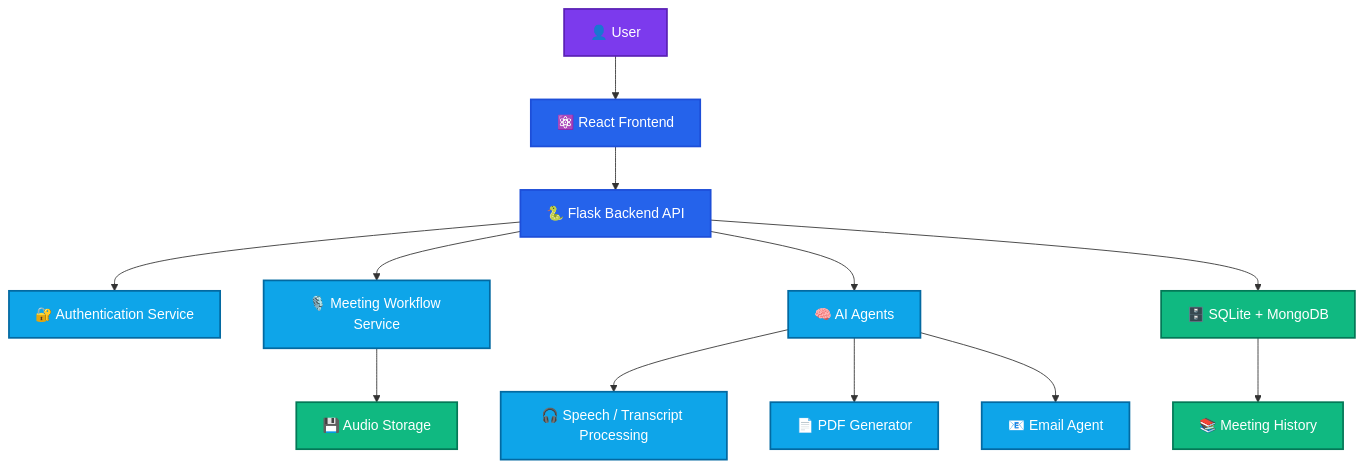
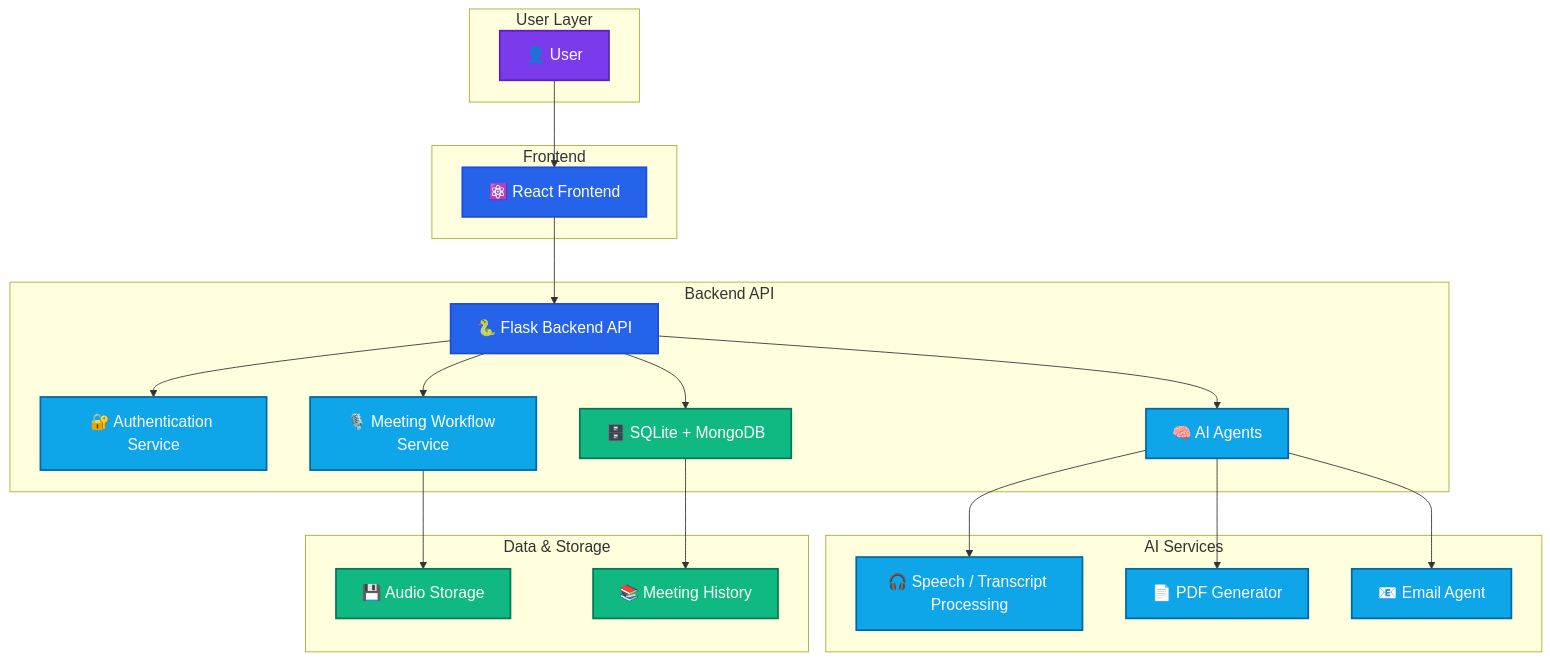
One commit to santhoshkumarMS05/ai_meeting_project changed the second of 2 diagrams in README.md. Above: the diagram before and after it, drawn with Mermaid. The commit also changed other lines of this file, not shown here.

````diff
--- a/README.md
+++ b/README.md
@@ -70,27 +71,53 @@
 ```mermaid
+%%{init: {"themeVariables": {"fontSize": "18px", "nodeBorderRadius": "12", "primaryColor": "#2563EB", "secondaryColor": "#10B981", "tertiaryColor": "#F59E0B"}}}%%
 flowchart TB
-    U["👤 User"] --> FE["⚛️ React Frontend"]
-    FE --> API["🐍 Flask Backend API"]
+    subgraph User Layer
+        U["👤 User"]
+    end
 
-    API --> AUTH["🔐 Authentication Service"]
-    API --> MEET["🎙️ Meeting Workflow Service"]
-    API --> AI["🧠 AI Agents"]
-    API --> DB["🗄️ SQLite + MongoDB"]
+    subgraph Frontend
+        FE["⚛️ React Frontend"]
+    end
 
-    AI --> STT["🎧 Speech / Transcript Processing"]
-    AI --> PDF["📄 PDF Generator"]
-    AI --> EMAIL["📧 Email Agent"]
+    subgraph Backend API
+        API["🐍 Flask Backend API"]
+        AUTH["🔐 Authentication Service"]
+        MEET["🎙️ Meeting Workflow Service"]
+        AI["🧠 AI Agents"]
+        DB["🗄️ SQLite + MongoDB"]
+    end
 
-    MEET --> AUDIO["💾 Audio Storage"]
-    DB --> HISTORY["📚 Meeting History"]
+    subgraph AI Services
+        STT["🎧 Speech / Transcript Processing"]
+        PDF["📄 PDF Generator"]
+        EMAIL["📧 Email Agent"]
+    end
 
-    classDef user fill:#7C3AED,stroke:#5B21B6,color:#fff,stroke-width:2px;
-    classDef app fill:#2563EB,stroke:#1D4ED8,color:#fff,stroke-width:2px;
-    classDef service fill:#0EA5E9,stroke:#0369A1,color:#fff,stroke-width:2px;
-    classDef data fill:#10B981,stroke:#047857,color:#fff,stroke-width:2px;
+    subgraph Data & Storage
+        AUDIO["💾 Audio Storage"]
+        HISTORY["📚 Meeting History"]
+    end
+
+    U --> FE
+    FE --> API
+    API --> AUTH
+    API --> MEET
+    API --> AI
+    API --> DB
+
+    AI --> STT
+    AI --> PDF
+    AI --> EMAIL
+    MEET --> AUDIO
+    DB --> HISTORY
+
+    classDef user fill:#7C3AED,stroke:#5B21B6,color:#fff,stroke-width:2px,font-size:18px;
+    classDef app fill:#2563EB,stroke:#1D4ED8,color:#fff,stroke-width:2px,font-size:18px;
+    classDef service fill:#0EA5E9,stroke:#0369A1,color:#fff,stroke-width:2px,font-size:18px;
+    classDef data fill:#10B981,stroke:#047857,color:#fff,stroke-width:2px,font-size:18px;
 
     class U user;
     class FE,API app;
     class AUTH,MEET,AI,STT,PDF,EMAIL service;
     class DB,AUDIO,HISTORY data;
 ```
````
